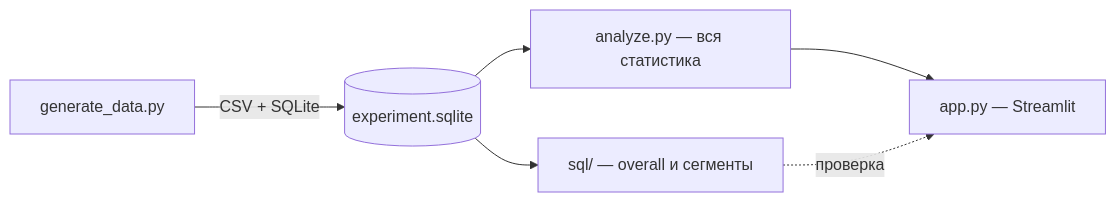
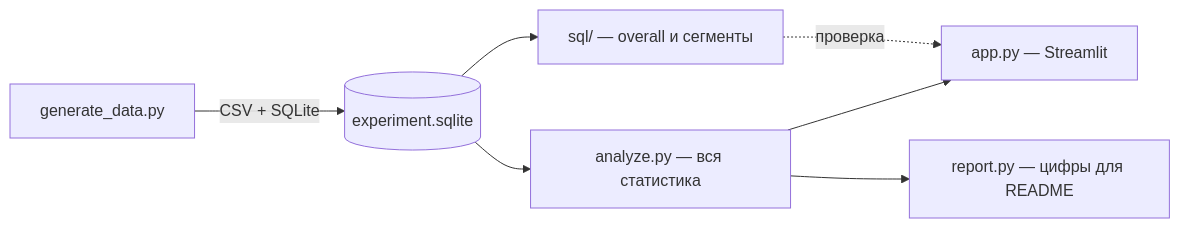
One commit to Rasul100/express-checkout-ab-test changed the diagram in README.md. Above: the diagram before and after it, drawn with Mermaid. The commit also changed other lines of this file and 3 other files, not shown here.

````diff
--- a/README.md
+++ b/README.md
@@ -84,8 +89,9 @@
 ```mermaid
 flowchart LR
     A[generate_data.py] -->|CSV + SQLite| B[(experiment.sqlite)]
     B --> C[analyze.py — вся статистика]
     B --> D[sql/ — overall и сегменты]
     C --> E[app.py — Streamlit]
+    C --> F[report.py — цифры для README]
     D -. проверка .-> E
 ```
````
